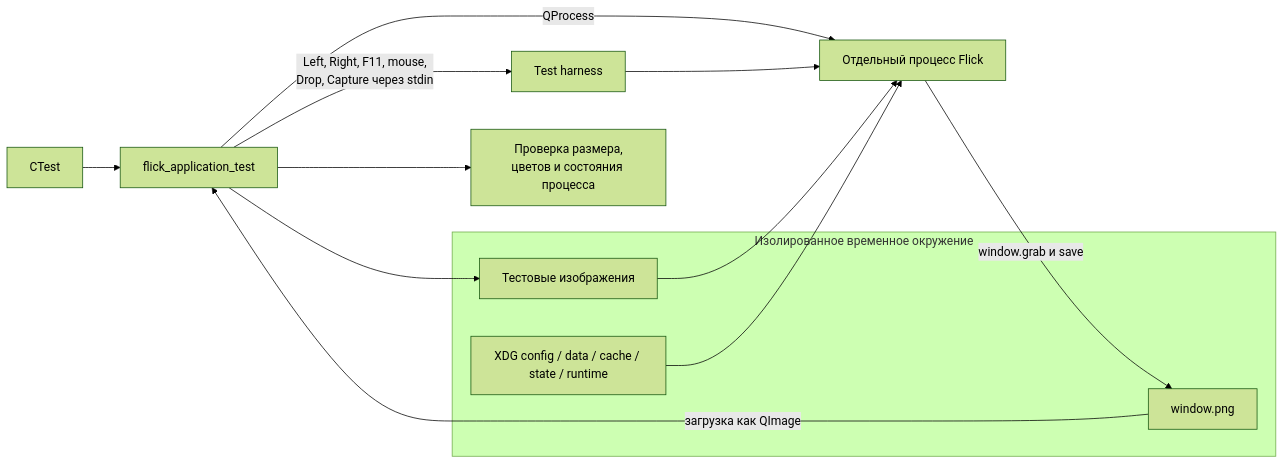
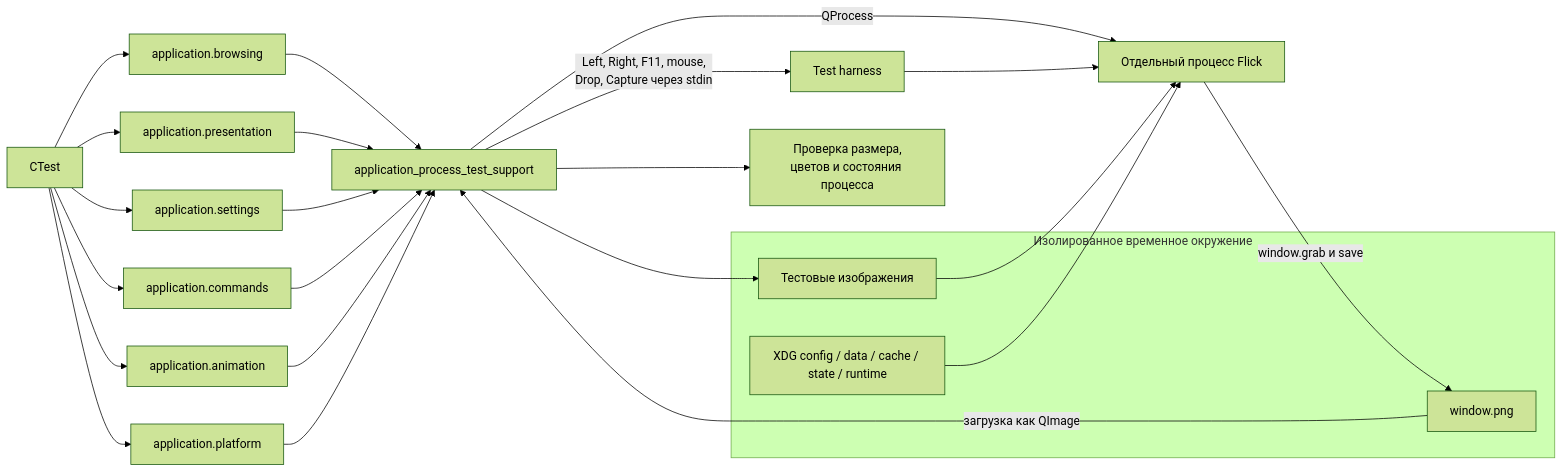
The fourth of 4 diagrams in docs/architecture.md (Lannselot/Flick), drawn with Mermaid (forest theme) before and after one commit. The commit also changed other lines of this file and 12 other files, not shown here.

Commit message:
Split application process suite by capability

````diff
--- a/docs/architecture.md
+++ b/docs/architecture.md
@@ -255,20 +255,26 @@
 ```mermaid
 flowchart LR
-    CTest[CTest] --> Test[flick_application_test]
-    Test -->|QProcess| App[Отдельный процесс Flick]
+    CTest[CTest] --> Browsing[application.browsing]
+    CTest --> Presentation[application.presentation]
+    CTest --> Settings[application.settings]
+    CTest --> Commands[application.commands]
+    CTest --> Animation[application.animation]
+    CTest --> Platform[application.platform]
+    Browsing & Presentation & Settings & Commands & Animation & Platform --> Support[application_process_test_support]
+    Support -->|QProcess| App[Отдельный процесс Flick]
 
     subgraph Isolated[Изолированное временное окружение]
         XDG[XDG config / data / cache / state / runtime]
         Fixtures[Тестовые изображения]
         Screenshot[window.png]
     end
 
-    Test --> Fixtures
+    Support --> Fixtures
     Fixtures --> App
-    Test -->|Left, Right, F11, mouse,<br/>Drop, Capture через stdin| Harness[Test harness]
+    Support -->|Left, Right, F11, mouse,<br/>Drop, Capture через stdin| Harness[Test harness]
     Harness --> App
     App -->|window.grab и save| Screenshot
-    Screenshot -->|загрузка как QImage| Test
-    Test --> Assertions[Проверка размера,<br/>цветов и состояния процесса]
+    Screenshot -->|загрузка как QImage| Support
+    Support --> Assertions[Проверка размера,<br/>цветов и состояния процесса]
     XDG --> App
 ```
````
